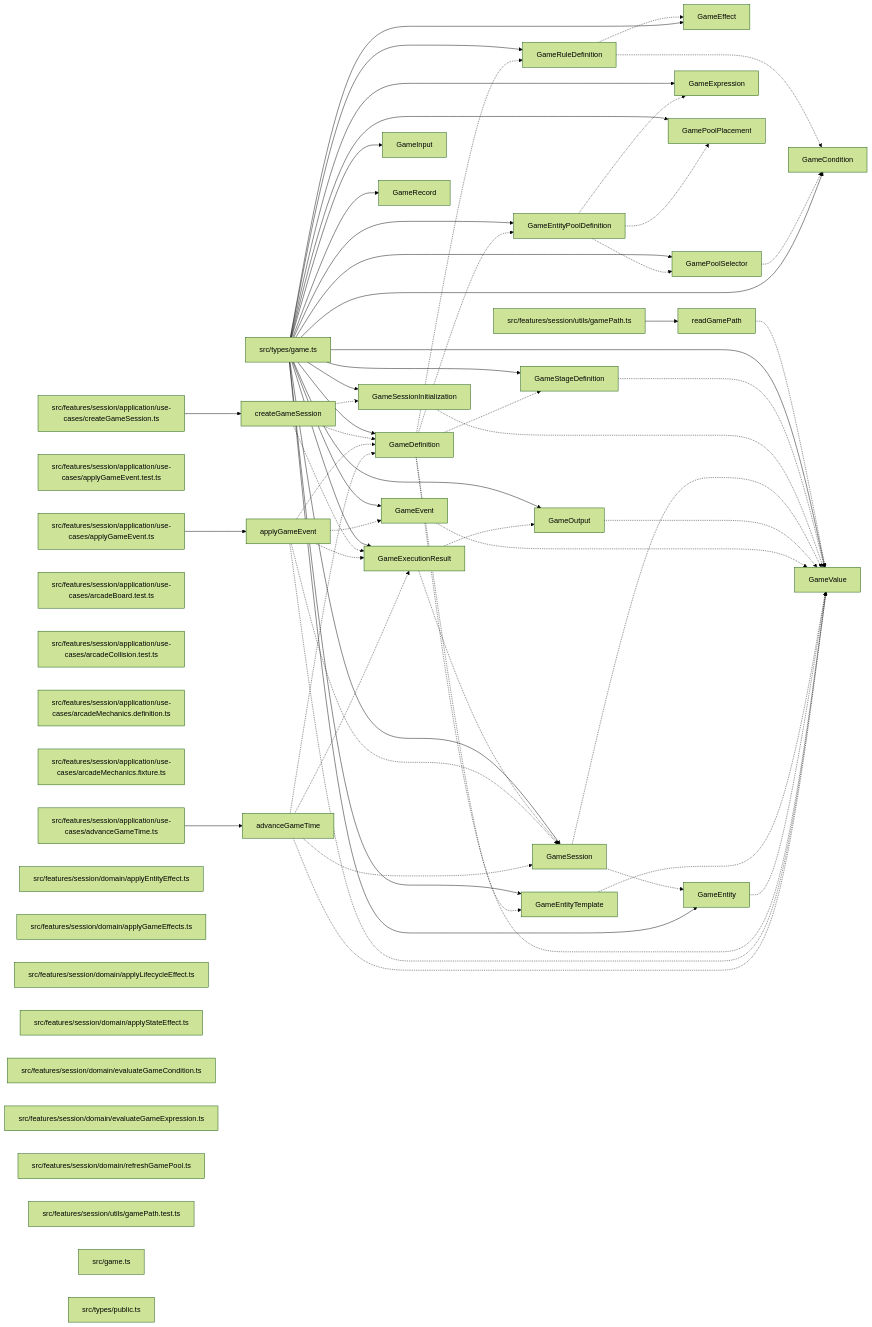
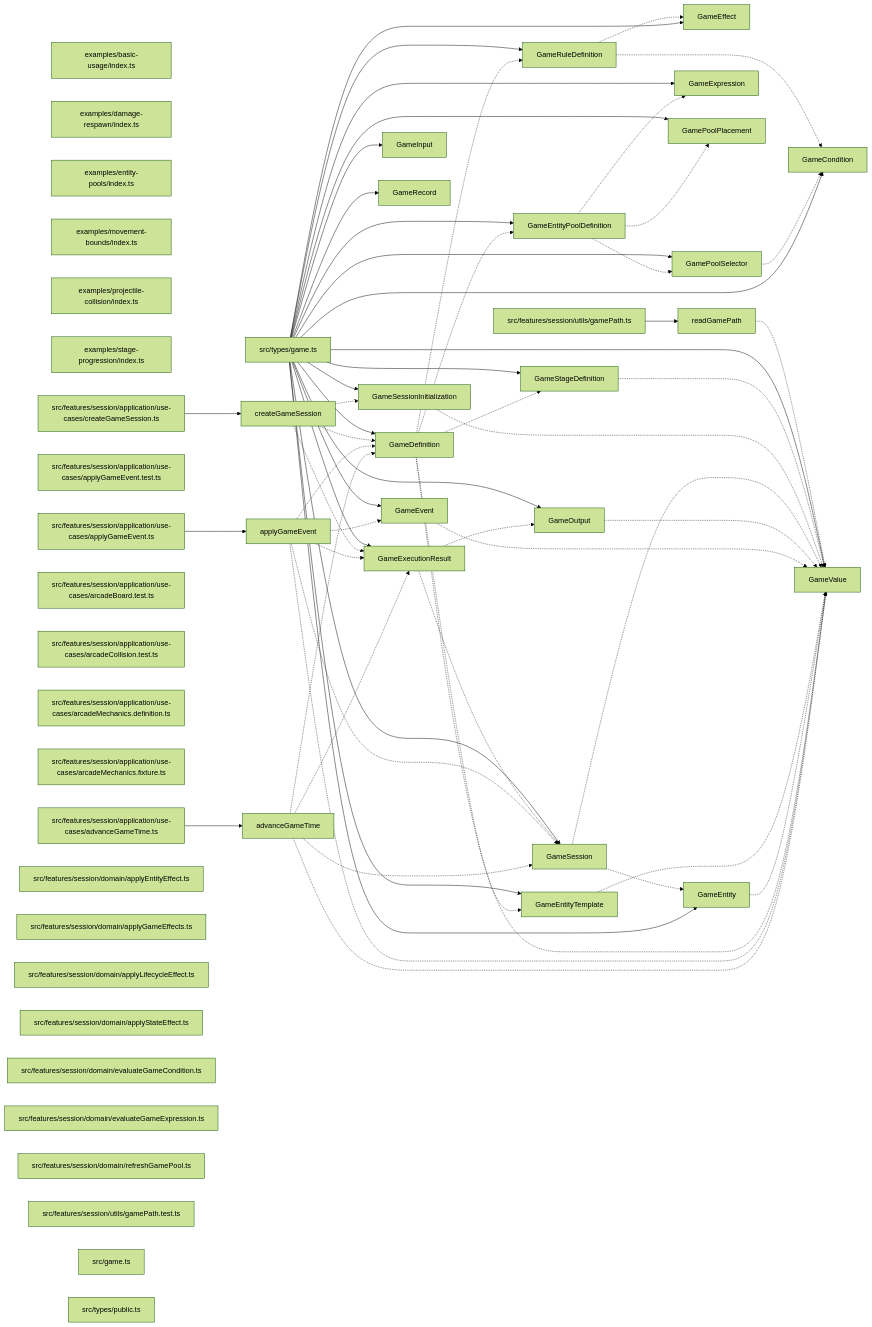
One commit to ankhorage/game changed the diagram in paradox/diagrams/export-graph.mmd. Above: the diagram before and after it, drawn with Mermaid (forest theme). The commit also changed 127 other files, not shown here.

```diff
--- a/paradox/diagrams/export-graph.mmd
+++ b/paradox/diagrams/export-graph.mmd
@@ -1,101 +1,107 @@
 graph LR
+  module_examples_basic_usage_index_ts["examples/basic-usage/index.ts"]
+  module_examples_damage_respawn_index_ts["examples/damage-respawn/index.ts"]
+  module_examples_entity_pools_index_ts["examples/entity-pools/index.ts"]
+  module_examples_movement_bounds_index_ts["examples/movement-bounds/index.ts"]
+  module_examples_projectile_collision_index_ts["examples/projectile-collision/index.ts"]
+  module_examples_stage_progression_index_ts["examples/stage-progression/index.ts"]
   module_src_features_session_application_use_cases_advanceGameTime_ts["src/features/session/application/use-cases/advanceGameTime.ts"]
   module_src_features_session_application_use_cases_applyGameEvent_test_ts["src/features/session/application/use-cases/applyGameEvent.test.ts"]
   module_src_features_session_application_use_cases_applyGameEvent_ts["src/features/session/application/use-cases/applyGameEvent.ts"]
   module_src_features_session_application_use_cases_arcadeBoard_test_ts["src/features/session/application/use-cases/arcadeBoard.test.ts"]
   module_src_features_session_application_use_cases_arcadeCollision_test_ts["src/features/session/application/use-cases/arcadeCollision.test.ts"]
   module_src_features_session_application_use_cases_arcadeMechanics_definition_ts["src/features/session/application/use-cases/arcadeMechanics.definition.ts"]
   module_src_features_session_application_use_cases_arcadeMechanics_fixture_ts["src/features/session/application/use-cases/arcadeMechanics.fixture.ts"]
   module_src_features_session_application_use_cases_createGameSession_ts["src/features/session/application/use-cases/createGameSession.ts"]
   module_src_features_session_domain_applyEntityEffect_ts["src/features/session/domain/applyEntityEffect.ts"]
   module_src_features_session_domain_applyGameEffects_ts["src/features/session/domain/applyGameEffects.ts"]
   module_src_features_session_domain_applyLifecycleEffect_ts["src/features/session/domain/applyLifecycleEffect.ts"]
   module_src_features_session_domain_applyStateEffect_ts["src/features/session/domain/applyStateEffect.ts"]
   module_src_features_session_domain_evaluateGameCondition_ts["src/features/session/domain/evaluateGameCondition.ts"]
   module_src_features_session_domain_evaluateGameExpression_ts["src/features/session/domain/evaluateGameExpression.ts"]
   module_src_features_session_domain_refreshGamePool_ts["src/features/session/domain/refreshGamePool.ts"]
   module_src_features_session_utils_gamePath_test_ts["src/features/session/utils/gamePath.test.ts"]
   module_src_features_session_utils_gamePath_ts["src/features/session/utils/gamePath.ts"]
   module_src_game_ts["src/game.ts"]
   module_src_types_game_ts["src/types/game.ts"]
   module_src_types_public_ts["src/types/public.ts"]
   export_advanceGameTime["advanceGameTime"]
   module_src_features_session_application_use_cases_advanceGameTime_ts --> export_advanceGameTime
   export_advanceGameTime -.-> export_GameDefinition
   export_advanceGameTime -.-> export_GameExecutionResult
   export_advanceGameTime -.-> export_GameSession
   export_advanceGameTime -.-> export_GameValue
   export_applyGameEvent["applyGameEvent"]
   module_src_features_session_application_use_cases_applyGameEvent_ts --> export_applyGameEvent
   export_applyGameEvent -.-> export_GameDefinition
   export_applyGameEvent -.-> export_GameEvent
   export_applyGameEvent -.-> export_GameExecutionResult
   export_applyGameEvent -.-> export_GameSession
   export_applyGameEvent -.-> export_GameValue
   export_createGameSession["createGameSession"]
   module_src_features_session_application_use_cases_createGameSession_ts --> export_createGameSession
   export_createGameSession -.-> export_GameDefinition
   export_createGameSession -.-> export_GameExecutionResult
   export_createGameSession -.-> export_GameSessionInitialization
   export_GameCondition["GameCondition"]
   module_src_types_game_ts --> export_GameCondition
   export_GameDefinition["GameDefinition"]
   module_src_types_game_ts --> export_GameDefinition
   export_GameDefinition -.-> export_GameEntityPoolDefinition
   export_GameDefinition -.-> export_GameEntityTemplate
   export_GameDefinition -.-> export_GameRuleDefinition
   export_GameDefinition -.-> export_GameStageDefinition
   export_GameDefinition -.-> export_GameValue
   export_GameEffect["GameEffect"]
   module_src_types_game_ts --> export_GameEffect
   export_GameEntity["GameEntity"]
   module_src_types_game_ts --> export_GameEntity
   export_GameEntity -.-> export_GameValue
   export_GameEntityPoolDefinition["GameEntityPoolDefinition"]
   module_src_types_game_ts --> export_GameEntityPoolDefinition
   export_GameEntityPoolDefinition -.-> export_GameExpression
   export_GameEntityPoolDefinition -.-> export_GamePoolPlacement
   export_GameEntityPoolDefinition -.-> export_GamePoolSelector
   export_GameEntityTemplate["GameEntityTemplate"]
   module_src_types_game_ts --> export_GameEntityTemplate
   export_GameEntityTemplate -.-> export_GameValue
   export_GameEvent["GameEvent"]
   module_src_types_game_ts --> export_GameEvent
   export_GameEvent -.-> export_GameValue
   export_GameExecutionResult["GameExecutionResult"]
   module_src_types_game_ts --> export_GameExecutionResult
   export_GameExecutionResult -.-> export_GameOutput
   export_GameExecutionResult -.-> export_GameSession
   export_GameExpression["GameExpression"]
   module_src_types_game_ts --> export_GameExpression
   export_GameInput["GameInput"]
   module_src_types_game_ts --> export_GameInput
   export_GameOutput["GameOutput"]
   module_src_types_game_ts --> export_GameOutput
   export_GameOutput -.-> export_GameValue
   export_GamePoolPlacement["GamePoolPlacement"]
   module_src_types_game_ts --> export_GamePoolPlacement
   export_GamePoolSelector["GamePoolSelector"]
   module_src_types_game_ts --> export_GamePoolSelector
   export_GamePoolSelector -.-> export_GameCondition
   export_GameRecord["GameRecord"]
   module_src_types_game_ts --> export_GameRecord
   export_GameRuleDefinition["GameRuleDefinition"]
   module_src_types_game_ts --> export_GameRuleDefinition
   export_GameRuleDefinition -.-> export_GameCondition
   export_GameRuleDefinition -.-> export_GameEffect
   export_GameSession["GameSession"]
   module_src_types_game_ts --> export_GameSession
   export_GameSession -.-> export_GameEntity
   export_GameSession -.-> export_GameValue
   export_GameSessionInitialization["GameSessionInitialization"]
   module_src_types_game_ts --> export_GameSessionInitialization
   export_GameSessionInitialization -.-> export_GameValue
   export_GameStageDefinition["GameStageDefinition"]
   module_src_types_game_ts --> export_GameStageDefinition
   export_GameStageDefinition -.-> export_GameValue
   export_GameValue["GameValue"]
   module_src_types_game_ts --> export_GameValue
   export_readGamePath["readGamePath"]
   module_src_features_session_utils_gamePath_ts --> export_readGamePath
   export_readGamePath -.-> export_GameValue
```
